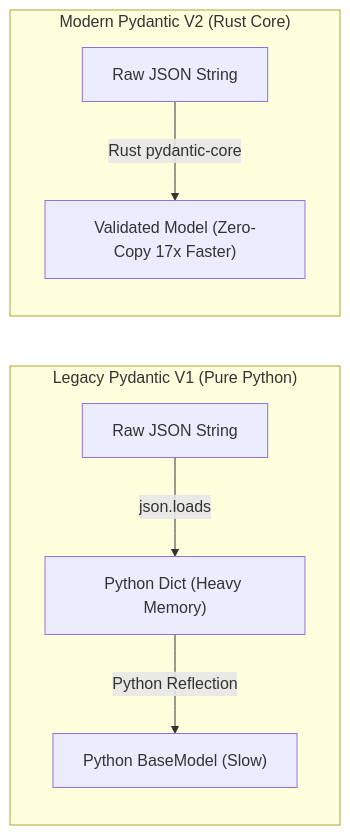
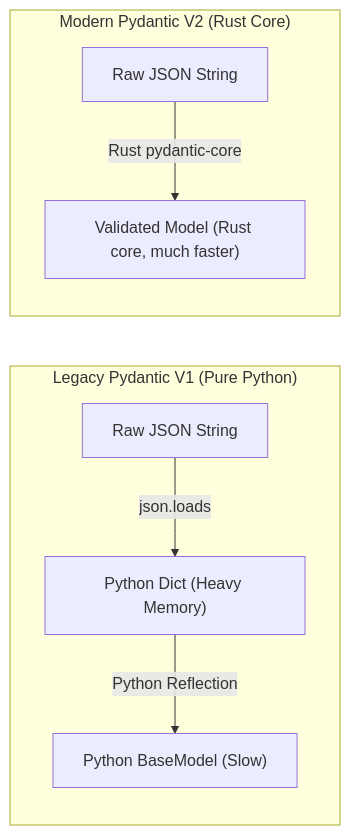
One commit to reddykarthikeya1/AI-Systems-Mastery changed the second of 4 diagrams in 01-Python-Mastery/13-High-Performance-Web-Architecture-FastAPI-And-Pydantic-V2.md. Above: the diagram before and after it, drawn with Mermaid. The commit also changed other lines of this file and 92 other files, not shown here.

````diff
--- a/01-Python-Mastery/13-High-Performance-Web-Architecture-FastAPI-And-Pydantic-V2.md
+++ b/01-Python-Mastery/13-High-Performance-Web-Architecture-FastAPI-And-Pydantic-V2.md
@@ -144,11 +144,11 @@
 ```mermaid
 flowchart LR
     subgraph V1["Legacy Pydantic V1 (Pure Python)"]
         J1["Raw JSON String"] -->|json.loads| D1["Python Dict (Heavy Memory)"]
         D1 -->|Python Reflection| M1["Python BaseModel (Slow)"]
     end
 
     subgraph V2["Modern Pydantic V2 (Rust Core)"]
-        J2["Raw JSON String"] -->|Rust pydantic-core| M2["Validated Model (Zero-Copy 17x Faster)"]
+        J2["Raw JSON String"] -->|Rust pydantic-core| M2["Validated Model (Rust core, much faster)"]
     end
 ```
````
